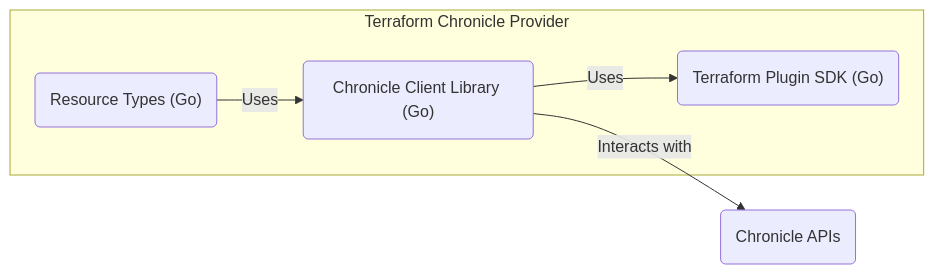
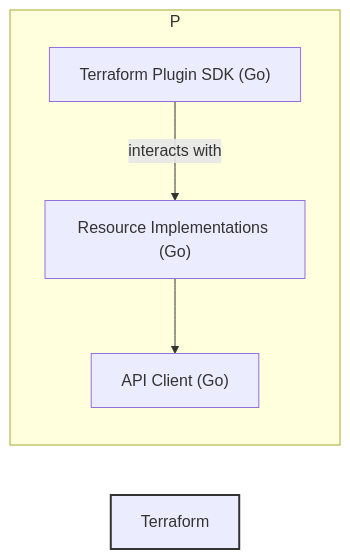
Before and after one commit to xvnpw/ai-security-analyzer: the second of 4 diagrams in examples/form3tech-oss/dir-sec-design-terraform-provider-chronicle-gemini-2.0-flash-thinking-exp.md, drawn with Mermaid. The commit also changed other lines of this file and 102 other files, not shown here.

````diff
--- a/examples/form3tech-oss/dir-sec-design-terraform-provider-chronicle-gemini-2.0-flash-thinking-exp.md
+++ b/examples/form3tech-oss/dir-sec-design-terraform-provider-chronicle-gemini-2.0-flash-thinking-exp.md
@@ -119,13 +243,12 @@
 ```mermaid
 flowchart LR
-    subgraph Terraform Chronicle Provider
-        TerraformPluginSDK("Terraform Plugin SDK (Go)")
-        ChronicleClient("Chronicle Client Library (Go)")
-        ResourceTypes("Resource Types (Go)")
+    subgraph Terraform Chronicle Provider [P]
+        direction TB
+        APIClient["API Client (Go)"]
+        ResourceImpl["Resource Implementations (Go)"]
+        TerraformSDK["Terraform Plugin SDK (Go)"]
     end
-    ChronicleAPI("Chronicle APIs")
-
-    ResourceTypes -- "Uses" --> ChronicleClient
-    ChronicleClient -- "Uses" --> TerraformPluginSDK
-    ChronicleClient -- "Interacts with" --> ChronicleAPI
+    ResourceImpl --> APIClient
+    TerraformSDK -- interacts with --> ResourceImpl
+    style Terraform Chronicle Provider fill:#f9f,stroke:#333,stroke-width:2px
 ```
````
